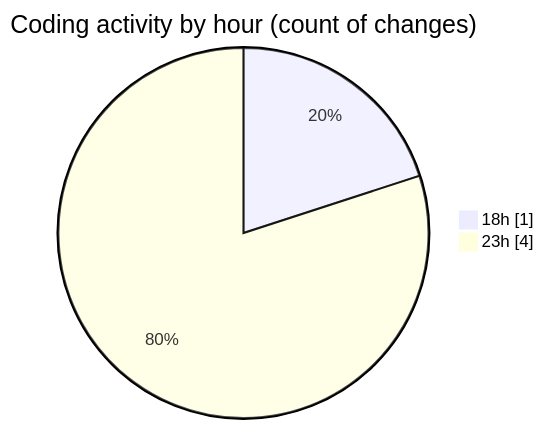
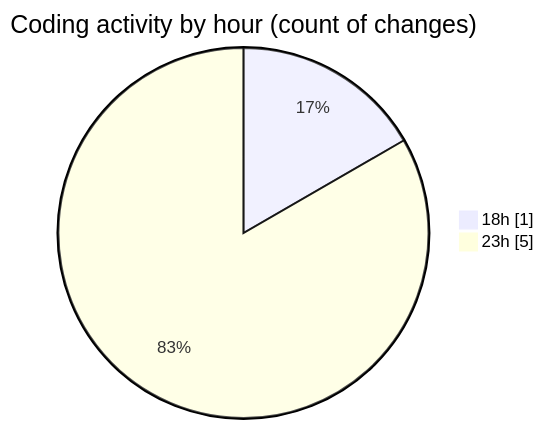
One commit to BS-eng2023/code-tracking changed the second of 2 diagrams in 2025-03-17/nodejs/README.md. Above: the diagram before and after it, drawn with Mermaid. The commit also changed other lines of this file and 1 other file, not shown here.

````diff
--- a/2025-03-17/nodejs/README.md
+++ b/2025-03-17/nodejs/README.md
@@ -33,6 +34,6 @@
 ```mermaid
 pie showData
 title Coding activity by hour (count of changes)
 "18h" : 1
-"23h" : 4
+"23h" : 5
 ```
````
